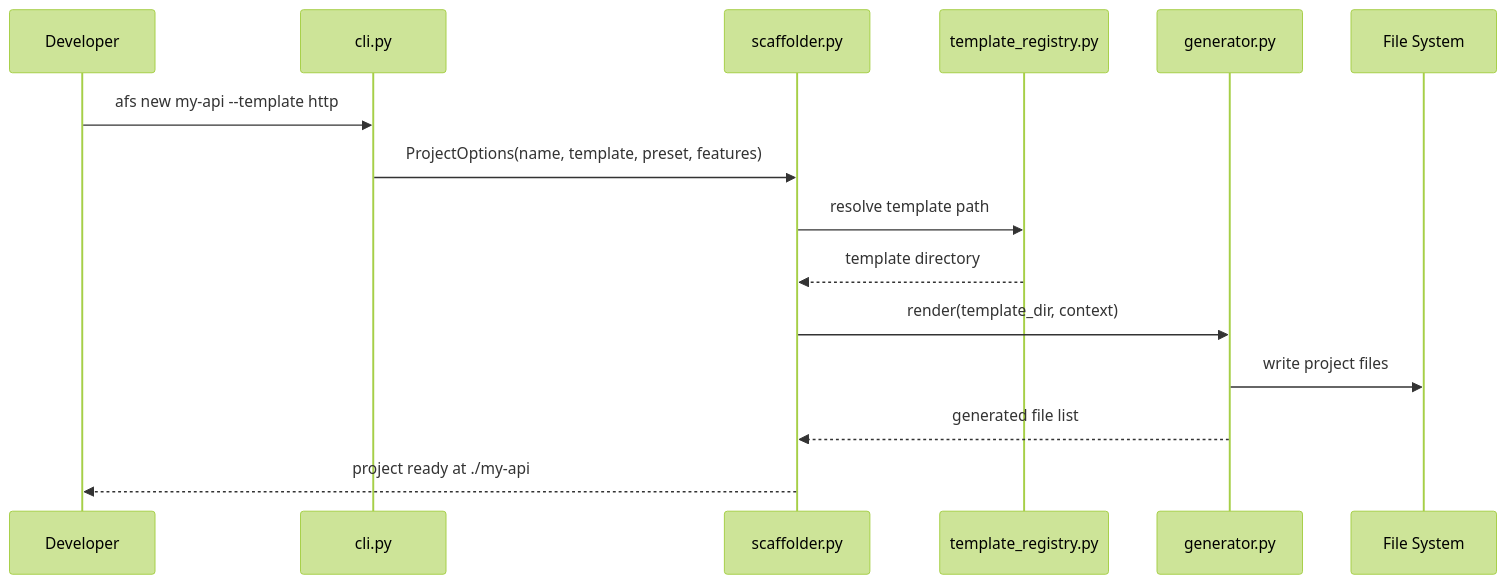
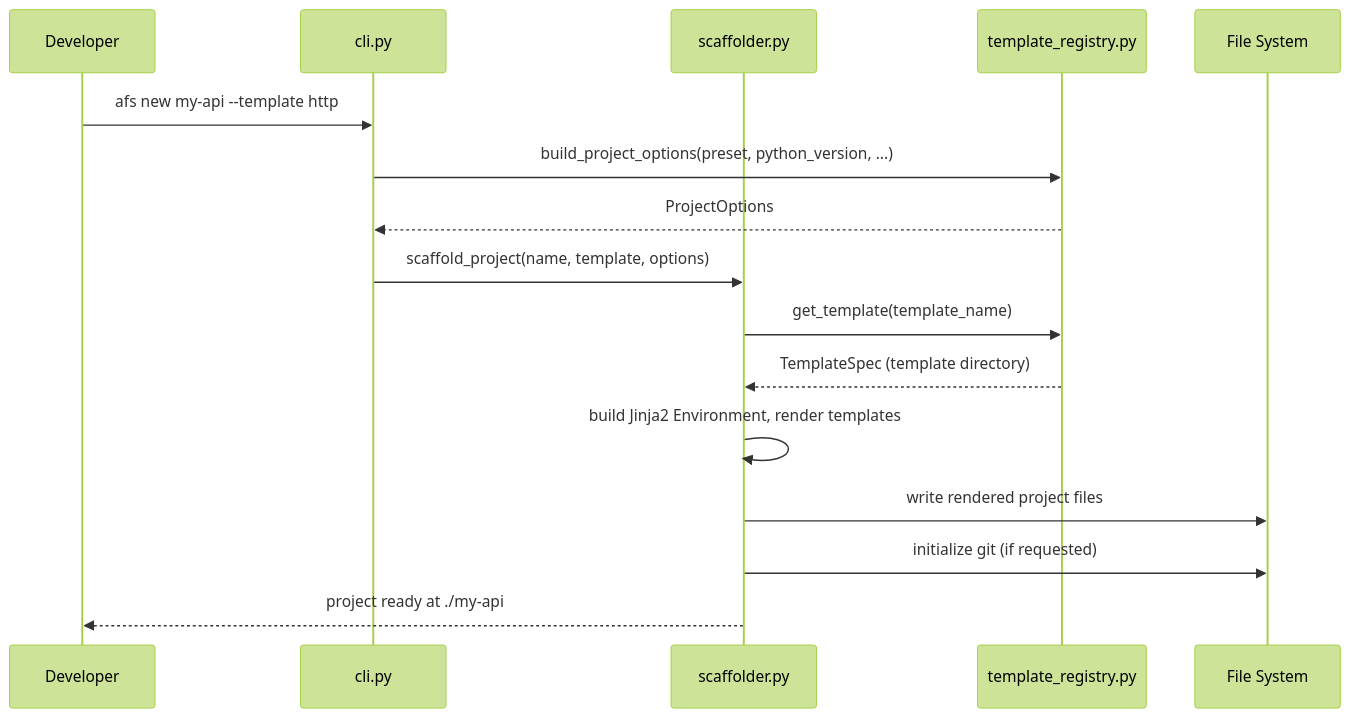
Before and after one commit to yeongseon/azure-functions-scaffold: the second of 4 diagrams in docs/reference/architecture.md, drawn with Mermaid (forest theme). The commit also changed other lines of this file, not shown here.

First line of the commit message:
docs: fix stale diagrams in architecture.md (#34)

````diff
--- a/docs/reference/architecture.md
+++ b/docs/reference/architecture.md
@@ -118,18 +122,19 @@
 ```mermaid
 sequenceDiagram
     participant Dev as Developer
     participant CLI as cli.py
     participant SC as scaffolder.py
     participant TR as template_registry.py
-    participant GEN as generator.py
     participant FS as File System
 
     Dev->>CLI: afs new my-api --template http
-    CLI->>SC: ProjectOptions(name, template, preset, features)
-    SC->>TR: resolve template path
-    TR-->>SC: template directory
-    SC->>GEN: render(template_dir, context)
-    GEN->>FS: write project files
-    GEN-->>SC: generated file list
+    CLI->>TR: build_project_options(preset, python_version, ...)
+    TR-->>CLI: ProjectOptions
+    CLI->>SC: scaffold_project(name, template, options)
+    SC->>TR: get_template(template_name)
+    TR-->>SC: TemplateSpec (template directory)
+    SC->>SC: build Jinja2 Environment, render templates
+    SC->>FS: write rendered project files
+    SC->>FS: initialize git (if requested)
     SC-->>Dev: project ready at ./my-api
 ```
````
